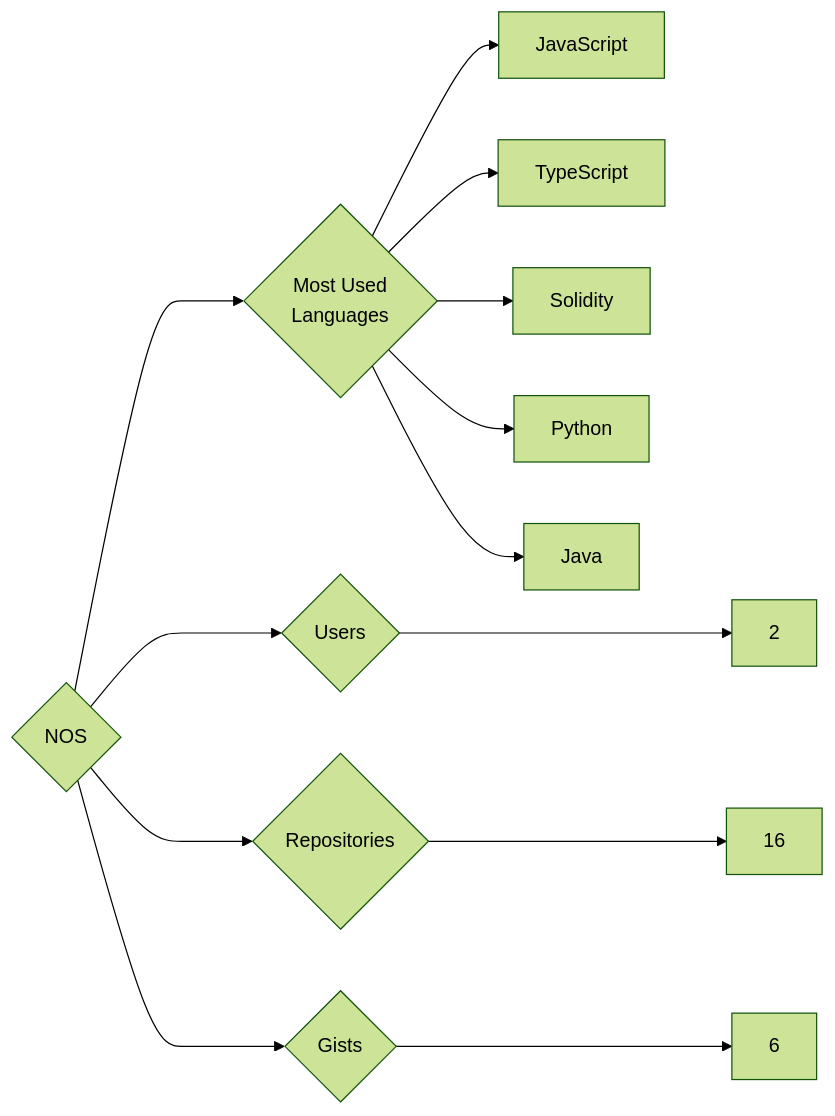
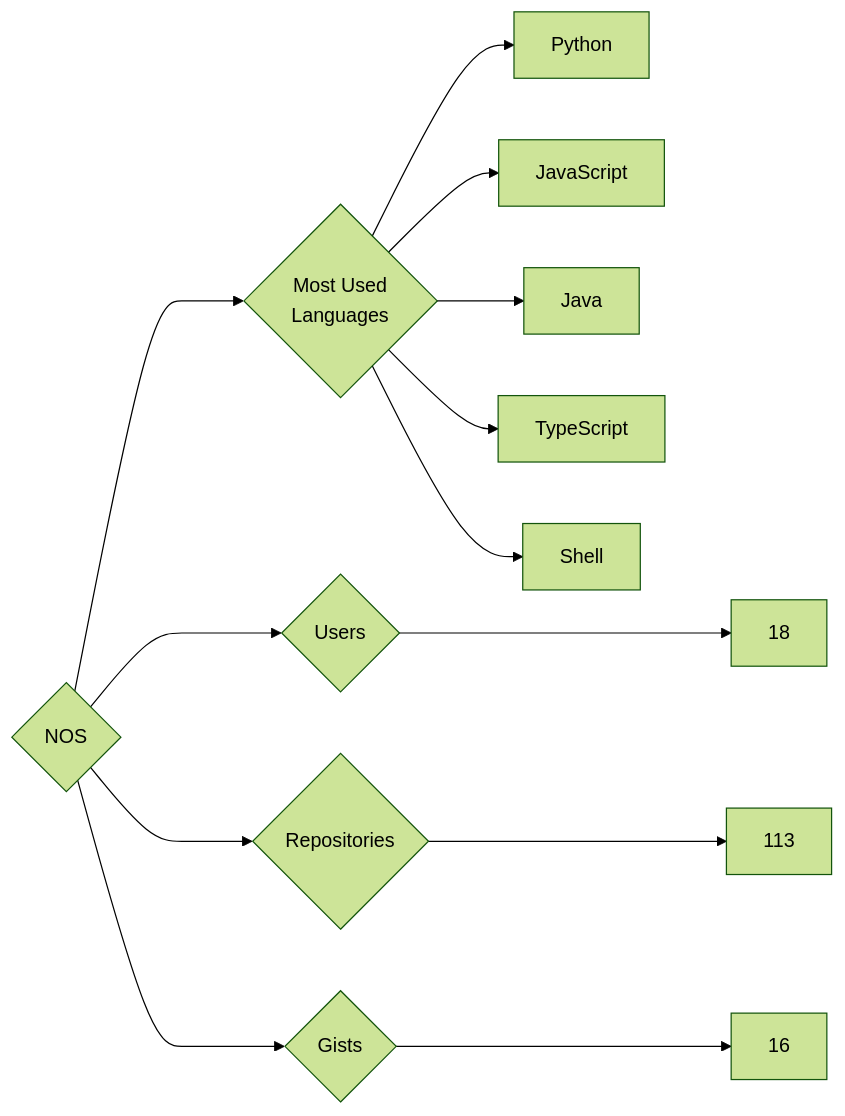
One commit to trickest/insiders changed the diagram in targets/NOS/README.md. Above: the diagram before and after it, drawn with Mermaid (forest theme). The commit also changed 877 other files, not shown here.

````diff
--- a/targets/NOS/README.md
+++ b/targets/NOS/README.md
@@ -3,13 +3,13 @@
 ```mermaid
 graph LR
 COMPANY_NAME{NOS}
-COMPANY_NAME ---> U{Users} ---> UN[2]
-COMPANY_NAME ---> R{Repositories} ---> RN[16]
-COMPANY_NAME ---> G{Gists} ---> GN[6]
+COMPANY_NAME ---> U{Users} ---> UN[18]
+COMPANY_NAME ---> R{Repositories} ---> RN[113]
+COMPANY_NAME ---> G{Gists} ---> GN[16]
 COMPANY_NAME ---> ML{Most Used<br>Languages}
+ML --> Python[Python]
 ML --> JavaScript[JavaScript]
+ML --> Java[Java]
 ML --> TypeScript[TypeScript]
-ML --> Solidity[Solidity]
-ML --> Python[Python]
-ML --> Java[Java]
+ML --> Shell[Shell]
 ```
````
